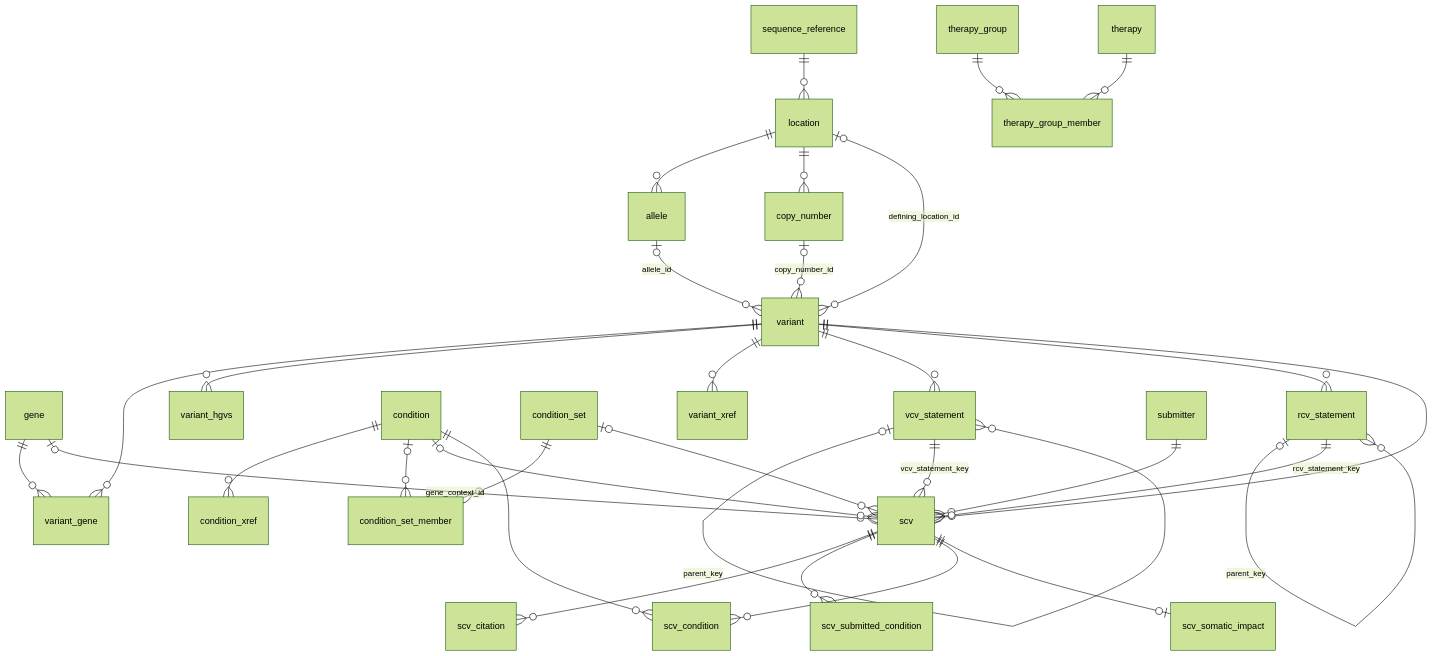
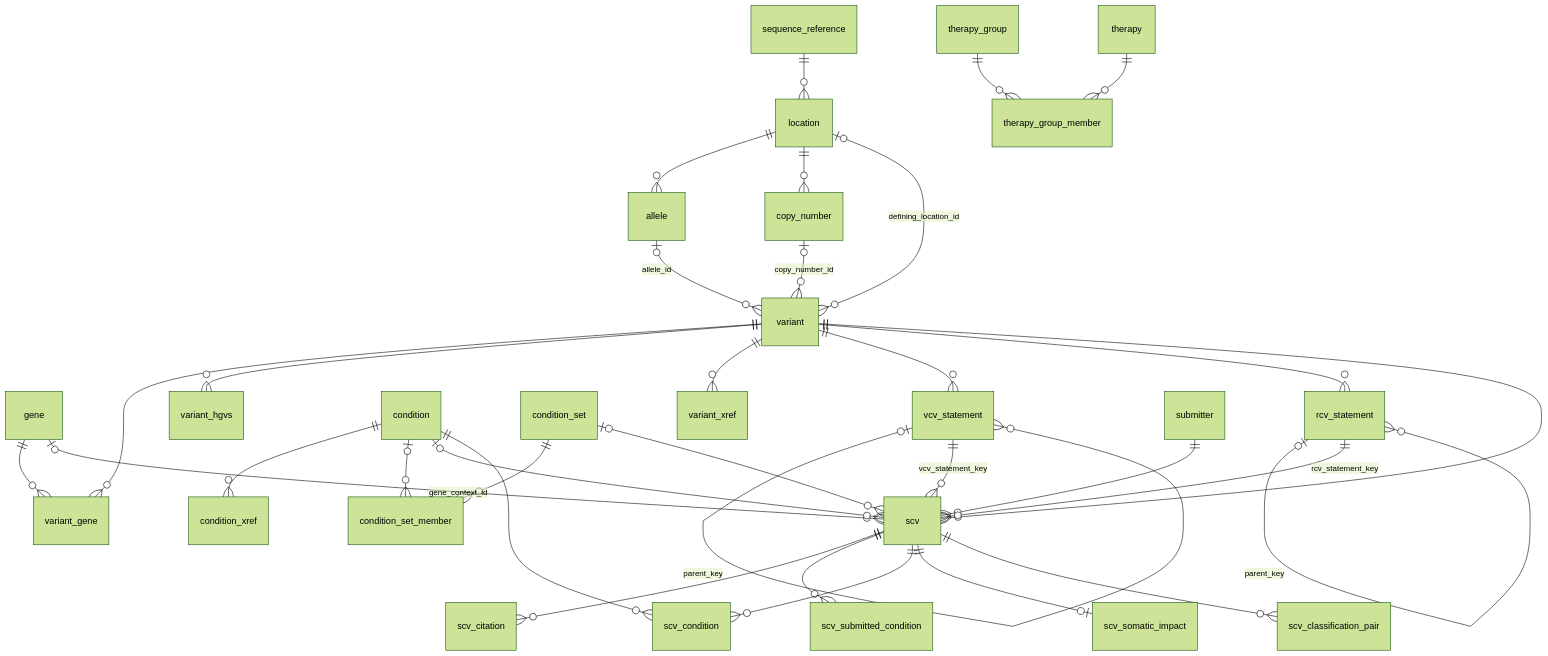
One commit to clingen-data-model/clinvar-gkm-browser changed the diagram in docs/schema.md. Above: the diagram before and after it, drawn with Mermaid (forest theme). The commit also changed other lines of this file and 26 other files, not shown here.

Commit message:
Store every classification pair at derive time (scv_classification_pair) and read comparisons as filtered pairs; fetch SCV pages by key, order search explicitly, and alias every select column

````diff
--- a/docs/schema.md
+++ b/docs/schema.md
@@ -64,34 +64,35 @@
 ```mermaid
 erDiagram
   sequence_reference ||--o{ location : ""
   location ||--o{ allele : ""
   location ||--o{ copy_number : ""
   allele |o--o{ variant : "allele_id"
   copy_number |o--o{ variant : "copy_number_id"
   location |o--o{ variant : "defining_location_id"
   variant ||--o{ variant_gene : ""
   gene ||--o{ variant_gene : ""
   variant ||--o{ variant_hgvs : ""
   variant ||--o{ variant_xref : ""
   condition ||--o{ condition_xref : ""
   condition_set ||--o{ condition_set_member : ""
   condition |o--o{ condition_set_member : ""
   therapy_group ||--o{ therapy_group_member : ""
   therapy ||--o{ therapy_group_member : ""
   variant ||--o{ vcv_statement : ""
   vcv_statement |o--o{ vcv_statement : "parent_key"
   variant ||--o{ rcv_statement : ""
   rcv_statement |o--o{ rcv_statement : "parent_key"
   variant ||--o{ scv : ""
   submitter ||--o{ scv : ""
   gene |o--o{ scv : "gene_context_id"
   condition |o--o{ scv : ""
   condition_set |o--o{ scv : ""
   vcv_statement ||--o{ scv : "vcv_statement_key"
   rcv_statement ||--o{ scv : "rcv_statement_key"
   scv ||--o{ scv_citation : ""
   scv ||--o{ scv_submitted_condition : ""
   scv ||--o{ scv_condition : ""
   condition ||--o{ scv_condition : ""
   scv ||--o| scv_somatic_impact : ""
+  scv ||--o{ scv_classification_pair : ""
 ```
````
